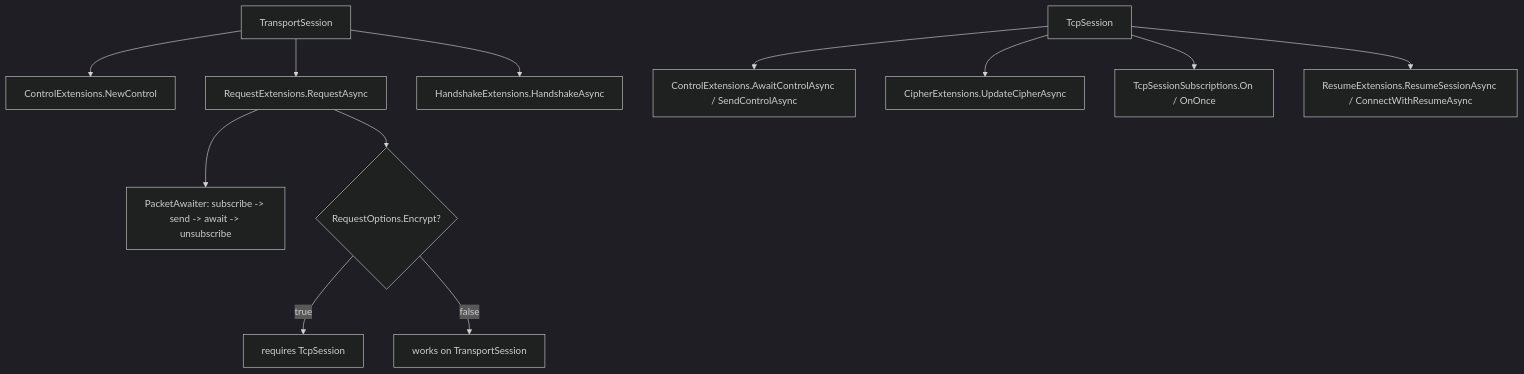
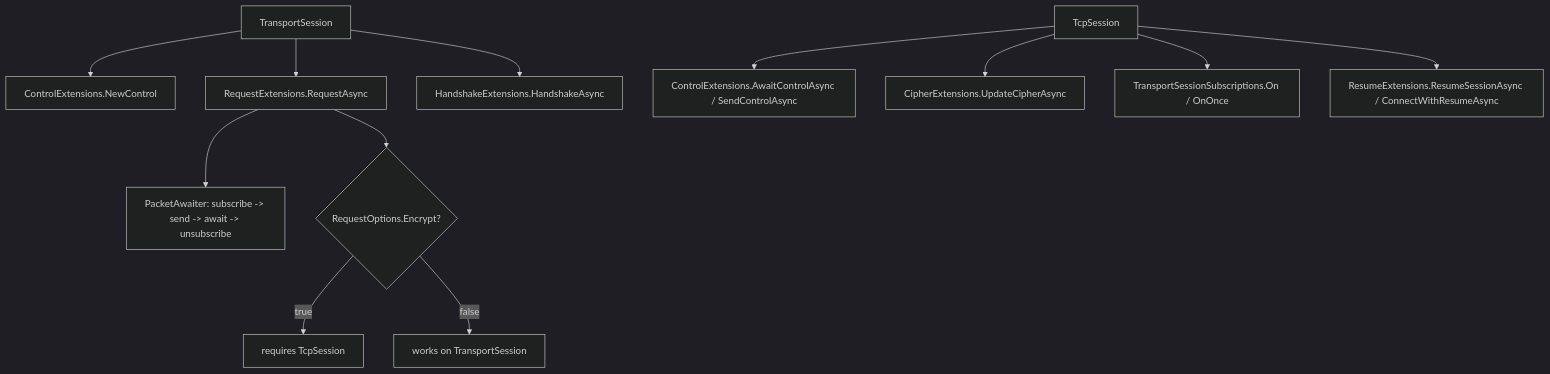
The diagram in docs/api/sdk/tcp-session-extensions.md (ppn-systems/Nalix), drawn with Mermaid (dark theme) before and after one commit. The commit also changed other lines of this file and 39 other files, not shown here.

````diff
--- a/docs/api/sdk/tcp-session-extensions.md
+++ b/docs/api/sdk/tcp-session-extensions.md
@@ -9,16 +9,16 @@
 ```mermaid
 graph TD
     TS["TransportSession"] --> C["ControlExtensions.NewControl"]
     TS --> R["RequestExtensions.RequestAsync<TResponse>"]
     TS --> H["HandshakeExtensions.HandshakeAsync"]
 
     TCP["TcpSession"] --> AC["ControlExtensions.AwaitControlAsync / SendControlAsync"]
     TCP --> CU["CipherExtensions.UpdateCipherAsync"]
-    TCP --> SUB["TcpSessionSubscriptions.On / OnOnce"]
+    TCP --> SUB["TransportSessionSubscriptions.On / OnOnce"]
     TCP --> RES["ResumeExtensions.ResumeSessionAsync / ConnectWithResumeAsync"]
 
     R --> PA["PacketAwaiter: subscribe -> send -> await -> unsubscribe"]
     R --> ENC{"RequestOptions.Encrypt?"}
     ENC -- true --> TCPONLY["requires TcpSession"]
     ENC -- false --> ANY["works on TransportSession"]
 ```
````
